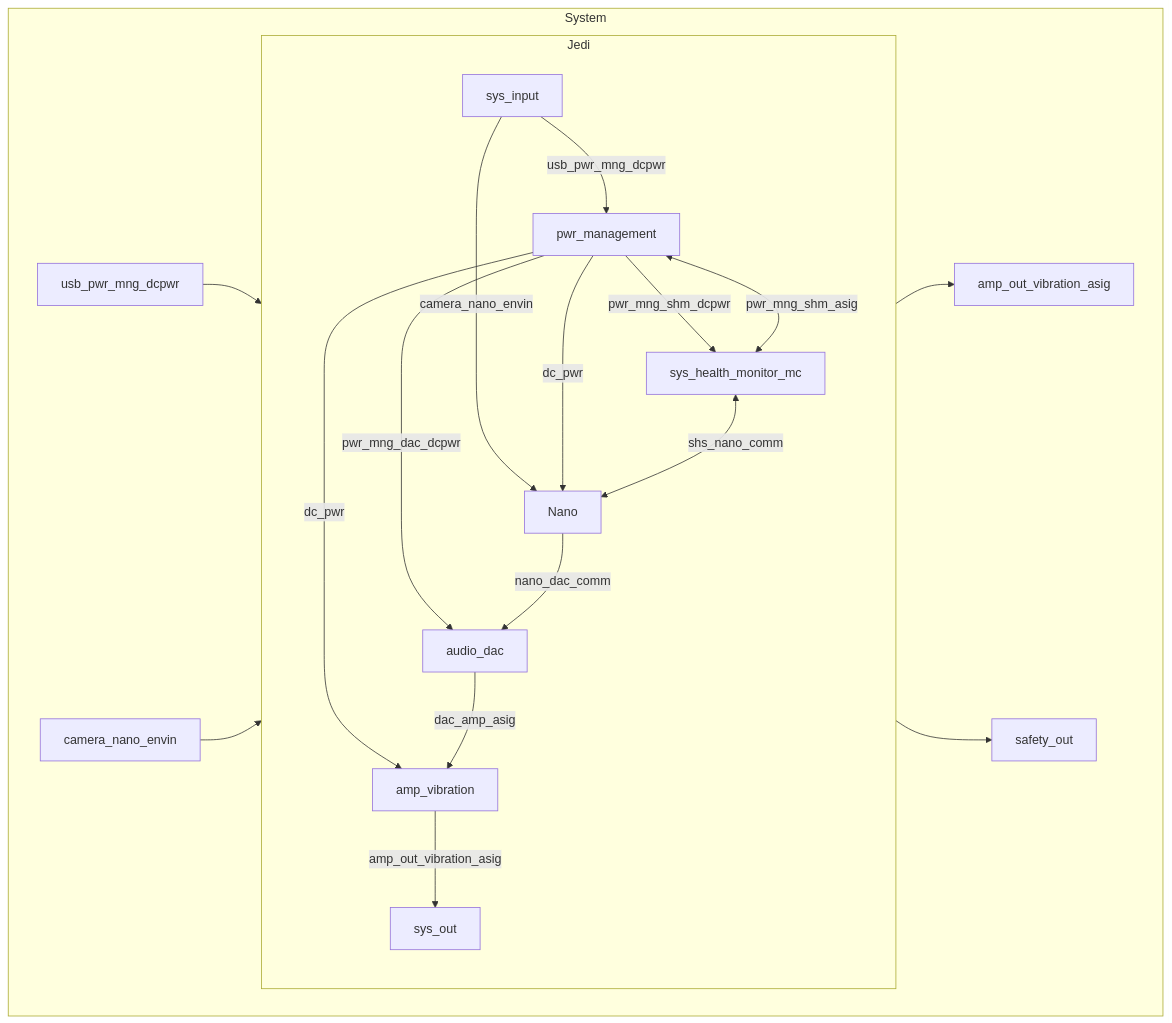
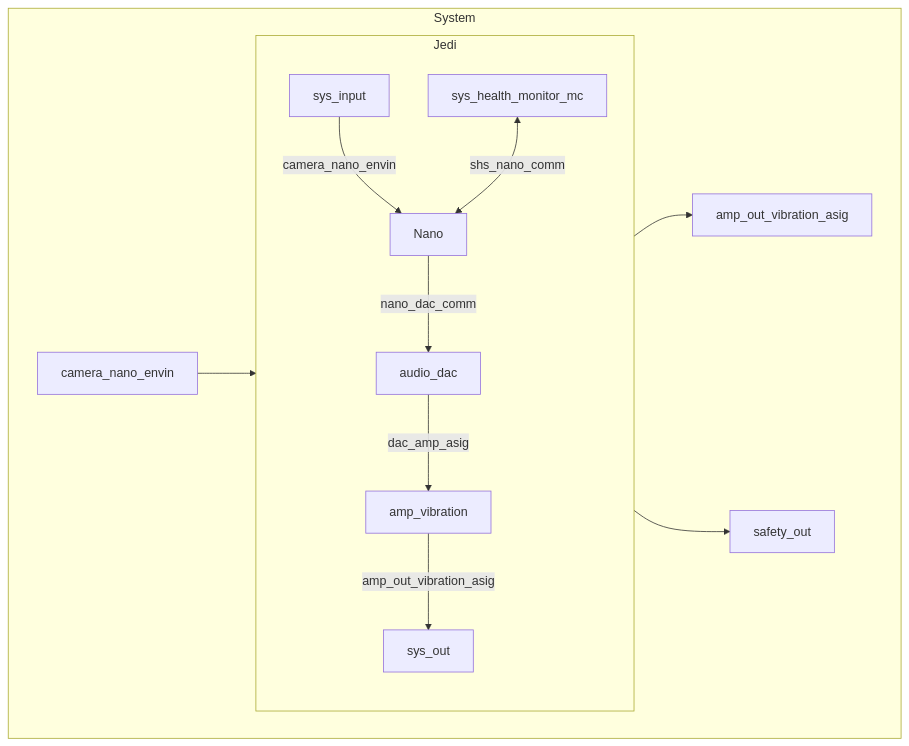
One commit to Jedi-Vision/ECE44x changed the second of 16 diagrams in blocks.md. Above: the diagram before and after it, drawn with Mermaid. The commit also changed other lines of this file and 2 other files, not shown here.

Commit message:
Remove power management from system diagrams

````diff
--- a/blocks.md
+++ b/blocks.md
@@ -15,39 +14,32 @@
 ```mermaid
 graph TD
     subgraph System
         subgraph Jedi
             %% Power management block
-            sys_input -- "usb_pwr_mng_dcpwr" --> pwr_management
             sys_input -- "camera_nano_envin" --> Nano
-            pwr_management -- "dc_pwr" --> Nano
-            pwr_management -- "dc_pwr" --> amp_vibration
-            pwr_management -- "pwr_mng_dac_dcpwr" --> audio_dac
-            pwr_management -- "pwr_mng_shm_dcpwr" --> sys_health_monitor_mc
 
             %% Camera
             %%sys_input -- "environ_in" --> camera
             %%camera -- "cam_feed" --> Nano
 
             %% Mode Switch
             %%sys_input -- "usr_in" --> mode_switch
             %%mode_switch -- "det_mode" --> Nano
 
             %% System Health Monitor
-            pwr_management <-- "pwr_mng_shm_asig" --> sys_health_monitor_mc
             sys_health_monitor_mc <-- "shs_nano_comm" --> Nano
 
             Nano -- "nano_dac_comm" --> audio_dac
             audio_dac -- "dac_amp_asig" --> amp_vibration
             %%sys_input -- "usr_in" --> Nano
             amp_vibration -- "amp_out_vibration_asig" --> sys_out
 
         end
 
         %% System input and outputs
-        usb_pwr_mng_dcpwr --> Jedi
         camera_nano_envin --> Jedi
         %%usr_in --> Jedi
         Jedi --> amp_out_vibration_asig
         Jedi --> safety_out
     end
 ```
````
